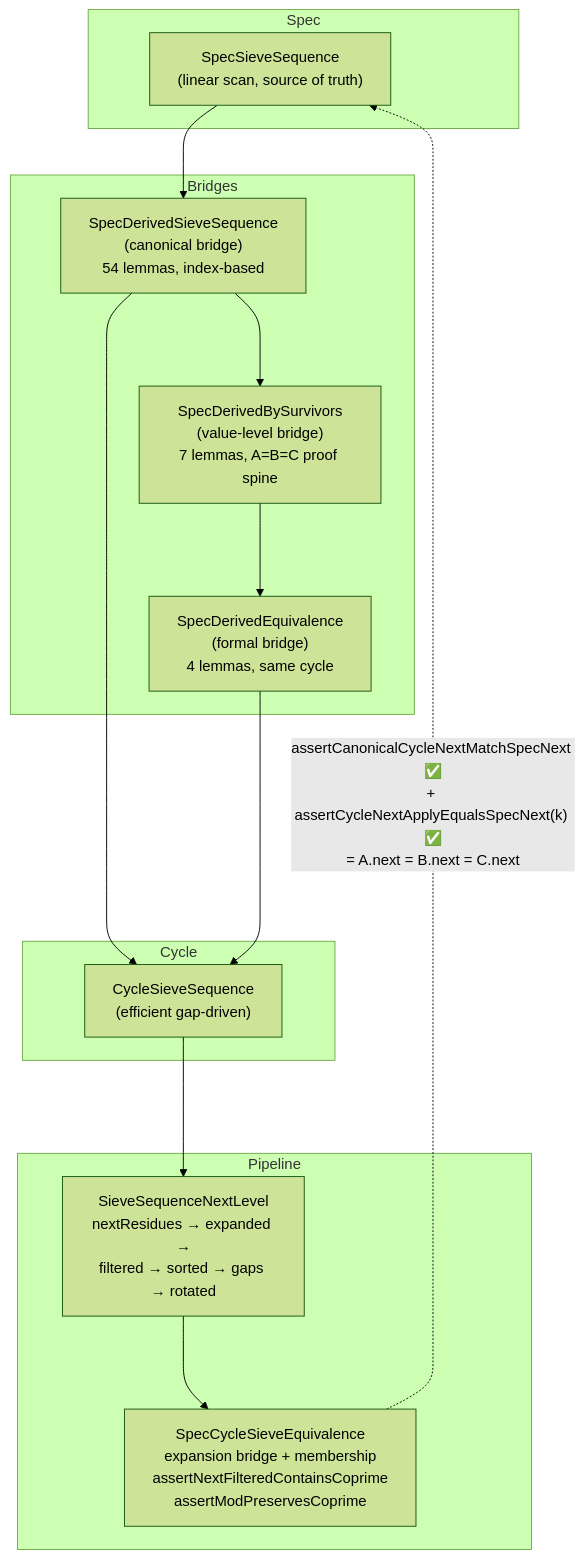
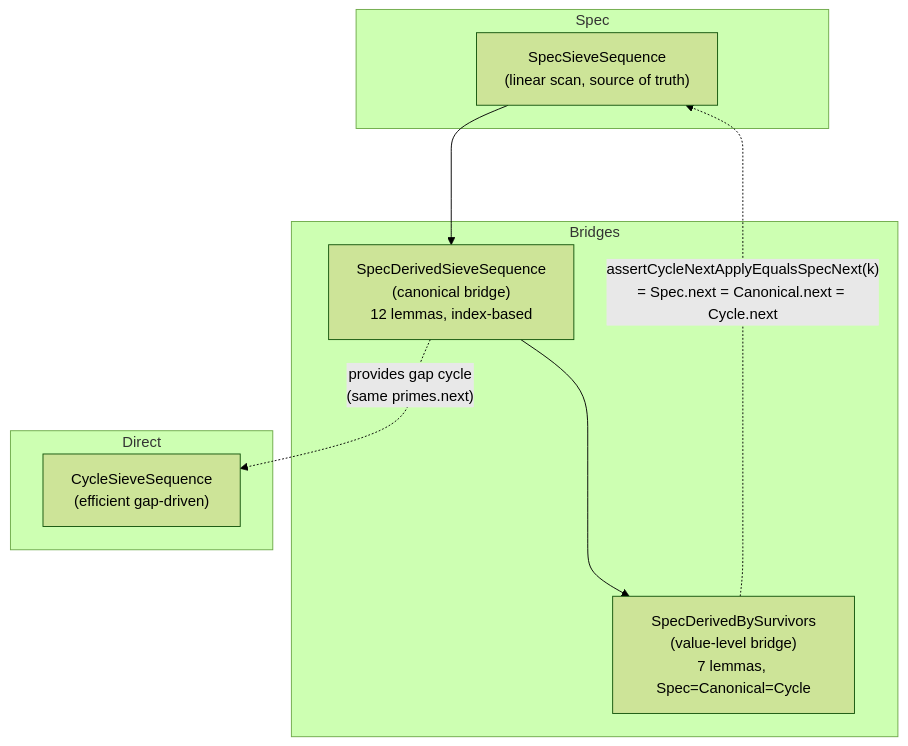
One commit to thiagomata/prime-numbers changed the second of 2 diagrams in docs/architecture.md. Above: the diagram before and after it, drawn with Mermaid (forest theme). The commit also changed other lines of this file and 1 other file, not shown here.

Commit message:
Explicit Spec.next(k) == Canonical.next(k) == Cycle.next(k).

````diff
--- a/docs/architecture.md
+++ b/docs/architecture.md
@@ -190,27 +182,18 @@
 ```mermaid
 flowchart TB
     subgraph Spec
         SS["SpecSieveSequence\n(linear scan, source of truth)"]
     end
     subgraph Bridges
-        SDS["SpecDerivedSieveSequence\n(canonical bridge)\n54 lemmas, index-based"]
-        SDBS["SpecDerivedBySurvivors\n(value-level bridge)\n7 lemmas, A=B=C proof spine"]
-        SDE["SpecDerivedEquivalence\n(formal bridge)\n4 lemmas, same cycle"]
+        SDS["SpecDerivedSieveSequence\n(canonical bridge)\n12 lemmas, index-based"]
+        SDBS["SpecDerivedBySurvivors\n(value-level bridge)\n7 lemmas, Spec=Canonical=Cycle"]
     end
-    subgraph Cycle
+    subgraph Direct
         CS["CycleSieveSequence\n(efficient gap-driven)"]
     end
-    subgraph Pipeline
-        SNL["SieveSequenceNextLevel\nnextResidues → expanded →\nfiltered → sorted → gaps → rotated"]
-        SCE["SpecCycleSieveEquivalence\nexpansion bridge + membership\nassertNextFilteredContainsCoprime\nassertModPreservesCoprime"]
-    end
 
-    SS --> SDS
-    SDS --> CS
+    SS ---> SDS
     SDS ---> SDBS
-    SDBS ---> SDE
-    SDE ---> CS
-    CS ---> SNL
-    SNL ---> SCE
-    SCE -. "assertCanonicalCycleNextMatchSpecNext ✅\n+ assertCycleNextApplyEqualsSpecNext(k) ✅\n= A.next = B.next = C.next" .-> SS
+    SDBS -. "assertCycleNextApplyEqualsSpecNext(k)\n= Spec.next = Canonical.next = Cycle.next" .-> SS
+    SDS -. "provides gap cycle\n(same primes.next)" .-> CS
 ```
````
